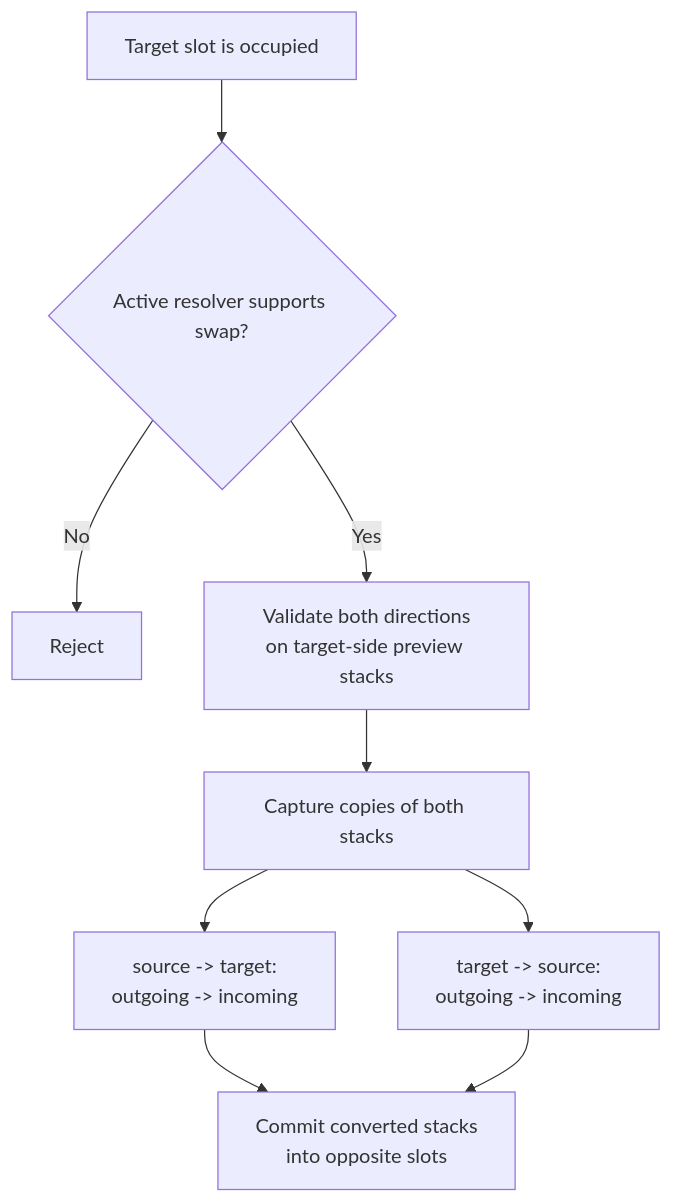
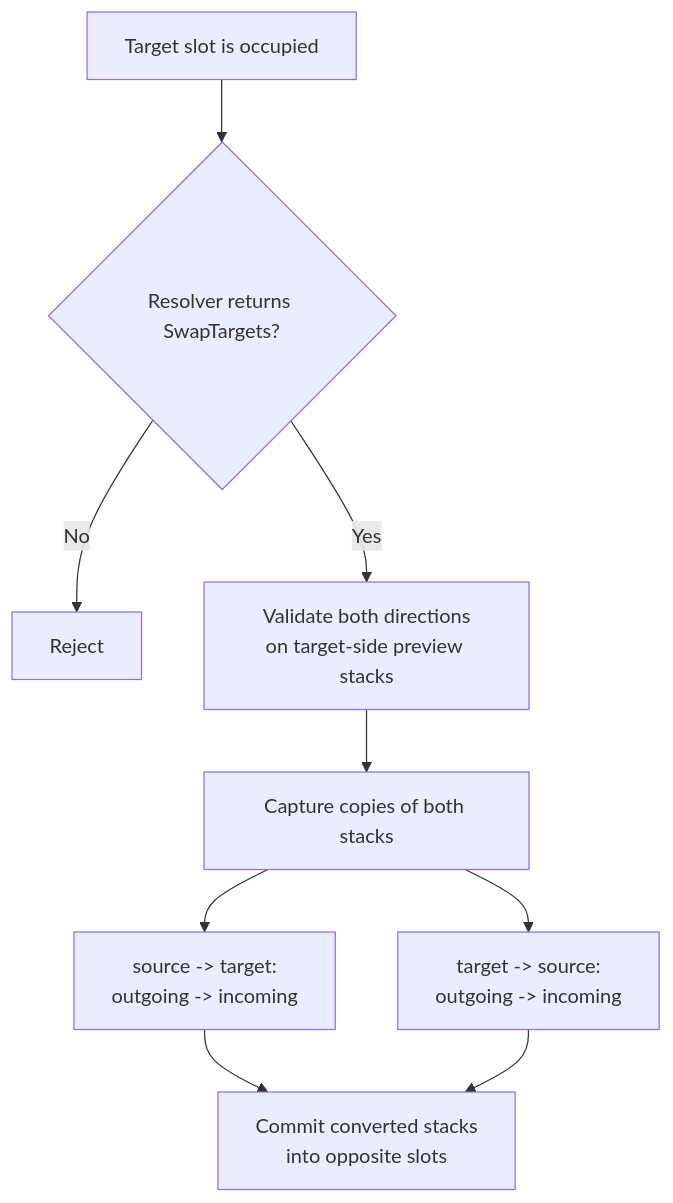
The eighth of 8 diagrams in .docs/content/architecture/transfer-pipeline.en.md (SergeevSergey99/DragAndDropSystem-Docs), drawn with Mermaid before and after one commit. The commit also changed other lines of this file and 8 other files, not shown here.

````diff
--- a/.docs/content/architecture/transfer-pipeline.en.md
+++ b/.docs/content/architecture/transfer-pipeline.en.md
@@ -332,11 +337,11 @@
 ```mermaid
 flowchart TD
-    A["Target slot is occupied"] --> B{"Active resolver supports swap?"}
+    A["Target slot is occupied"] --> B{"Resolver returns SwapTargets?"}
     B -->|No| C["Reject"]
     B -->|Yes| D["Validate both directions\non target-side preview stacks"]
     D --> E["Capture copies of both stacks"]
     E --> F["source -> target:\noutgoing -> incoming"]
     E --> G["target -> source:\noutgoing -> incoming"]
     F --> H["Commit converted stacks\ninto opposite slots"]
     G --> H
 ```
````
